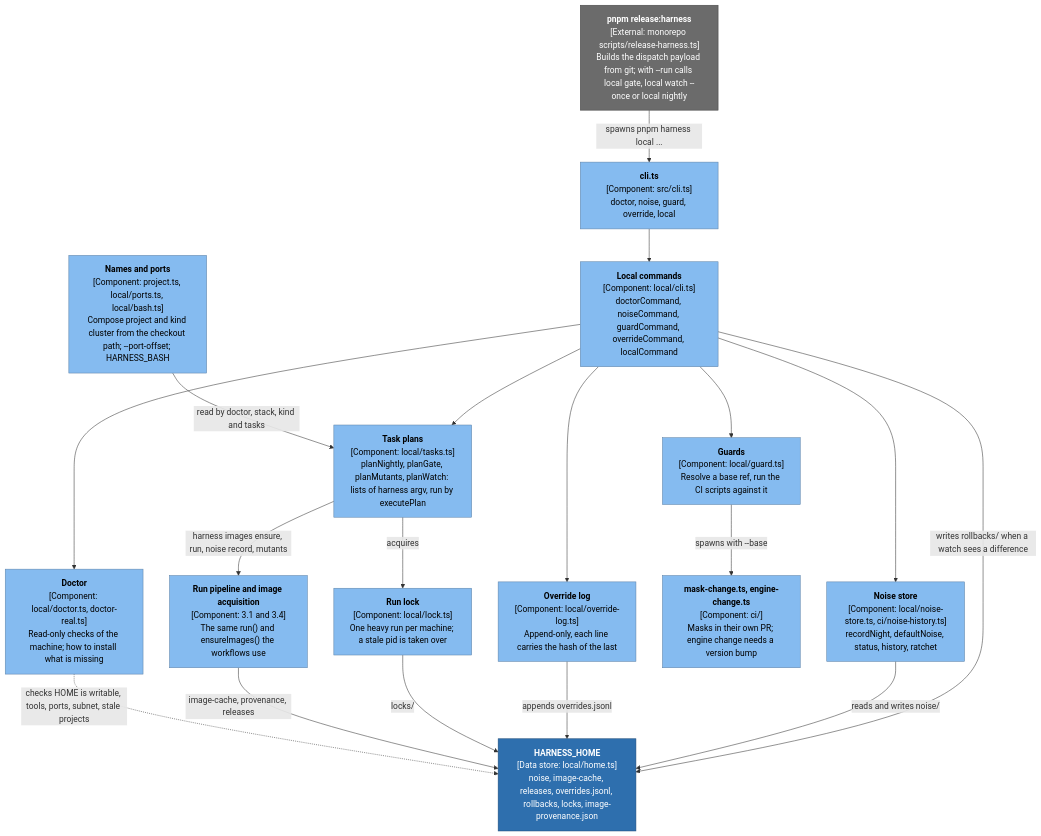
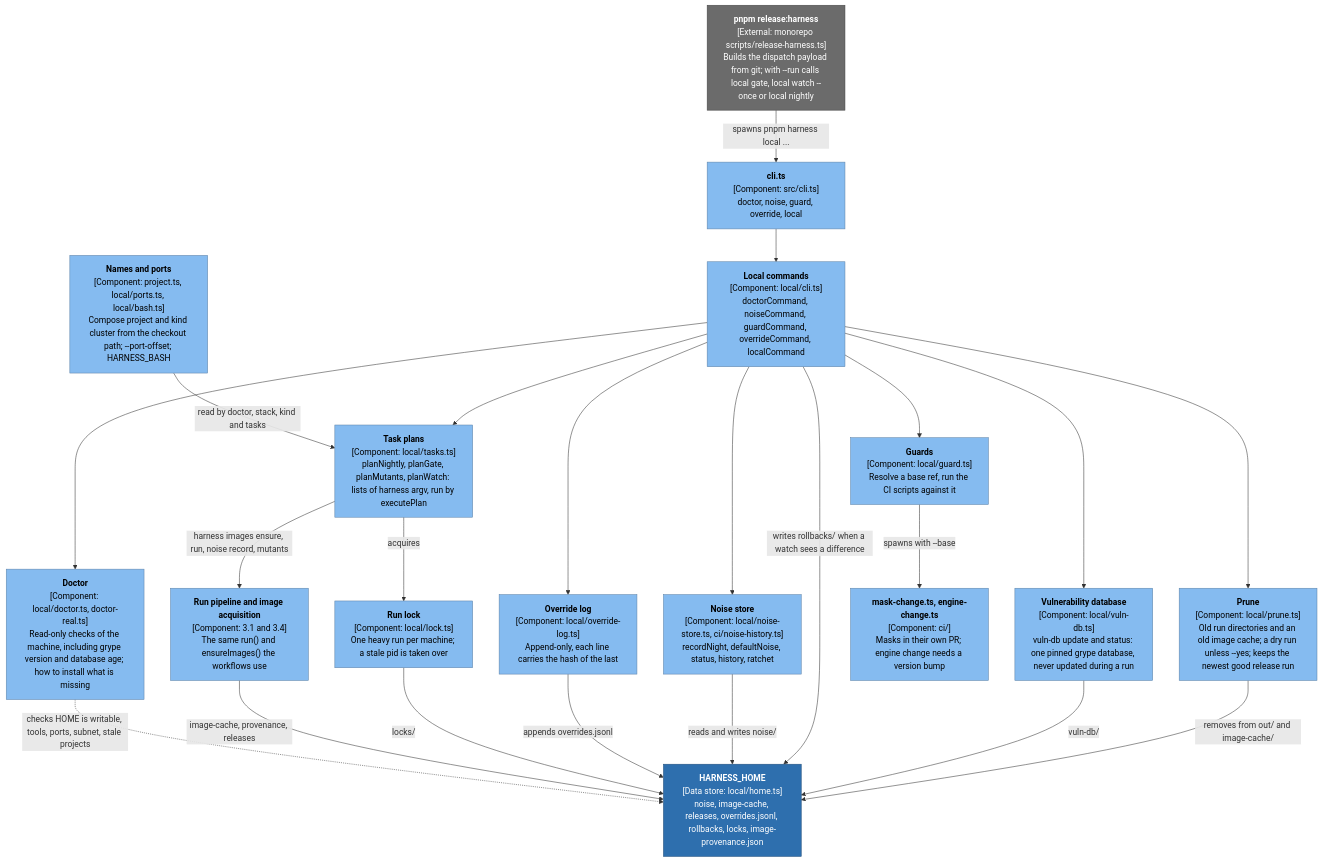
One commit to tutors-sdk/tutors-release-harness changed the fifth of 5 diagrams in docs/architecture/03-components-pipeline.md. Above: the diagram before and after it, drawn with Mermaid. The commit also changed other lines of this file and 6 other files, not shown here.

First line of the commit message:
Architecture docs: bring the C4 set up to harness 1.4.1 and the merged monorepo work

````diff
--- a/docs/architecture/03-components-pipeline.md
+++ b/docs/architecture/03-components-pipeline.md
@@ -322,38 +386,44 @@
 ```mermaid
 flowchart TB
   clits["<b>cli.ts</b><br/>[Component: src/cli.ts]<br/>doctor, noise, guard, override, local"]:::component
   lcli["<b>Local commands</b><br/>[Component: local/cli.ts]<br/>doctorCommand, noiseCommand, guardCommand, overrideCommand, localCommand"]:::component
-  doctor["<b>Doctor</b><br/>[Component: local/doctor.ts, doctor-real.ts]<br/>Read-only checks of the machine; how to install what is missing"]:::component
+  doctor["<b>Doctor</b><br/>[Component: local/doctor.ts, doctor-real.ts]<br/>Read-only checks of the machine, including grype version and database age; how to install what is missing"]:::component
   tasks["<b>Task plans</b><br/>[Component: local/tasks.ts]<br/>planNightly, planGate, planMutants, planWatch: lists of harness argv, run by executePlan"]:::component
   lock["<b>Run lock</b><br/>[Component: local/lock.ts]<br/>One heavy run per machine; a stale pid is taken over"]:::component
   nstore["<b>Noise store</b><br/>[Component: local/noise-store.ts, ci/noise-history.ts]<br/>recordNight, defaultNoise, status, history, ratchet"]:::component
+  prune["<b>Prune</b><br/>[Component: local/prune.ts]<br/>Old run directories and an old image cache; a dry run unless --yes; keeps the newest good release run"]:::component
+  vdb["<b>Vulnerability database</b><br/>[Component: local/vuln-db.ts]<br/>vuln-db update and status: one pinned grype database, never updated during a run"]:::component
   olog["<b>Override log</b><br/>[Component: local/override-log.ts]<br/>Append-only, each line carries the hash of the last"]:::component
   guard["<b>Guards</b><br/>[Component: local/guard.ts]<br/>Resolve a base ref, run the CI scripts against it"]:::component
   masks["<b>mask-change.ts, engine-change.ts</b><br/>[Component: ci/]<br/>Masks in their own PR; engine change needs a version bump"]:::component
   naming["<b>Names and ports</b><br/>[Component: project.ts, local/ports.ts, local/bash.ts]<br/>Compose project and kind cluster from the checkout path; --port-offset; HARNESS_BASH"]:::component
   home["<b>HARNESS_HOME</b><br/>[Data store: local/home.ts]<br/>noise, image-cache, releases, overrides.jsonl, rollbacks, locks, image-provenance.json"]:::store
   rh["<b>pnpm release:harness</b><br/>[External: monorepo scripts/release-harness.ts]<br/>Builds the dispatch payload from git; with --run calls local gate, local watch --once or local nightly"]:::ext
   core["<b>Run pipeline and image acquisition</b><br/>[Component: 3.1 and 3.4]<br/>The same run() and ensureImages() the workflows use"]:::component
 
   clits --> lcli
   rh -->|"spawns pnpm harness local ..."| clits
   lcli --> doctor
   lcli --> tasks
   lcli --> nstore
   lcli --> olog
+  lcli --> prune
+  lcli --> vdb
+  prune -->|"removes from out/ and image-cache/"| home
+  vdb -->|"vuln-db/"| home
   lcli --> guard
   guard -->|"spawns with --base"| masks
   tasks -->|"acquires"| lock
   tasks -->|"harness images ensure, run, noise record, mutants"| core
   lcli -->|"writes rollbacks/ when a watch sees a difference"| home
   naming -->|"read by doctor, stack, kind and tasks"| tasks
   nstore -->|"reads and writes noise/"| home
   olog -->|"appends overrides.jsonl"| home
   lock -->|"locks/"| home
   core -->|"image-cache, provenance, releases"| home
   doctor -.->|"checks HOME is writable, tools, ports, subnet, stale projects"| home
 
   classDef component fill:#85bbf0,stroke:#5d82a8,color:#000000
   classDef store fill:#2e6fae,stroke:#1f4d7a,color:#ffffff
   classDef ext fill:#6b6b6b,stroke:#444444,color:#ffffff
 ```
````
